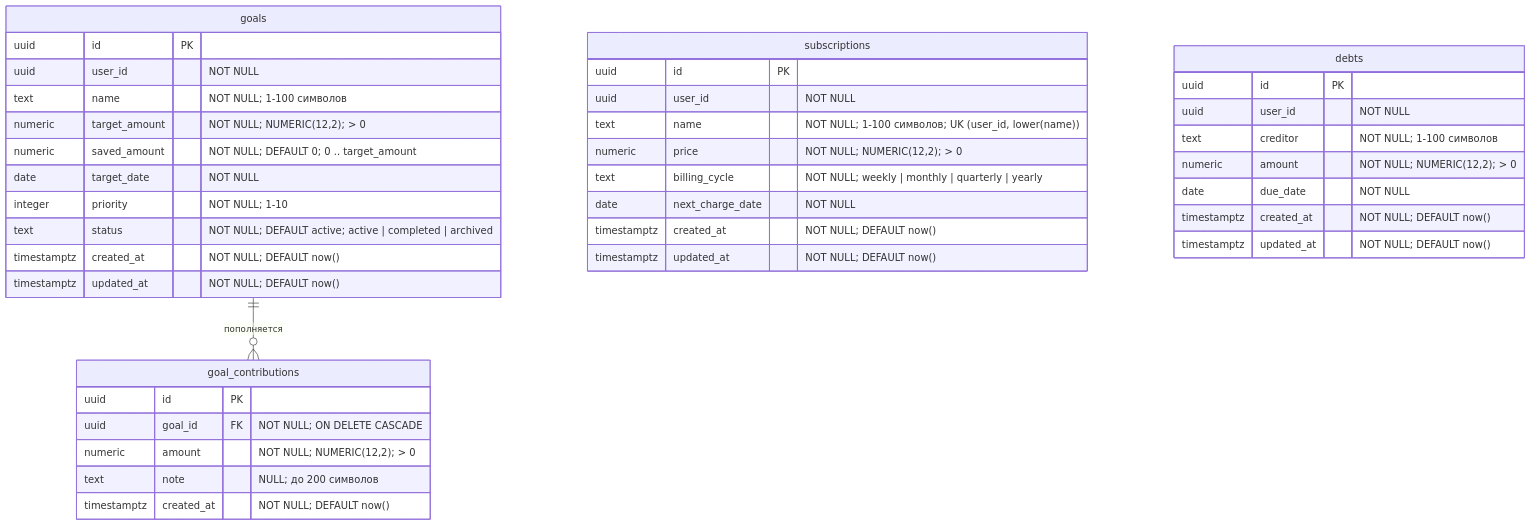
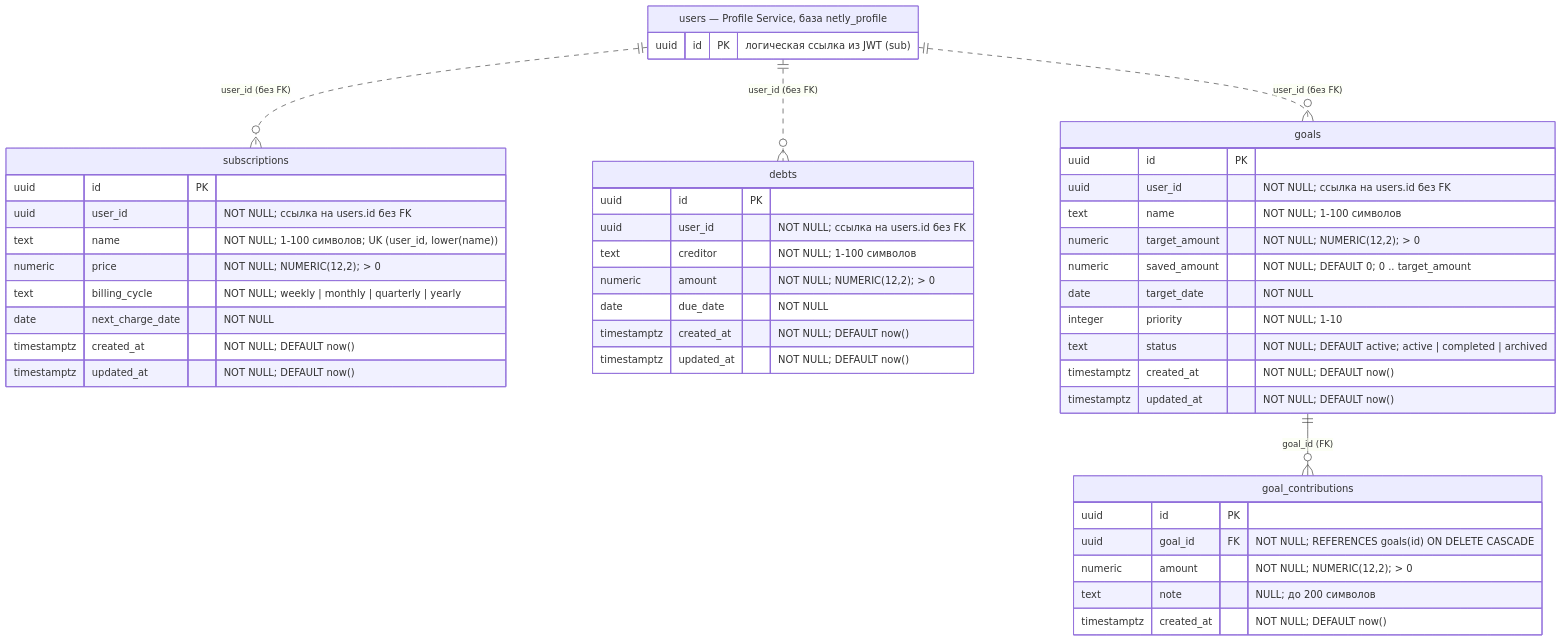
One commit to albtugel/Netly changed the diagram in docs/database.md. Above: the diagram before and after it, drawn with Mermaid. The commit also changed other lines of this file and 2 other files, not shown here.

Commit message:
docs(budget): show user references in the ER diagram
Add users from Profile Service as an external entity and draw its links
to subscriptions, debts and goals as dashed lines: user_id is a logical
reference from the signed JWT, with no foreign key across databases.
List every relation and how it is enforced in docs/database.md, and note
the cross-service reference in the README.

````diff
--- a/docs/database.md
+++ b/docs/database.md
@@ -11,46 +11,53 @@
 ```mermaid
 erDiagram
-    goals ||--o{ goal_contributions : "пополняется"
+    users ||..o{ subscriptions : "user_id (без FK)"
+    users ||..o{ debts : "user_id (без FK)"
+    users ||..o{ goals : "user_id (без FK)"
+    goals ||--o{ goal_contributions : "goal_id (FK)"
+
+    users["users — Profile Service, база netly_profile"] {
+        uuid id PK "логическая ссылка из JWT (sub)"
+    }
 
     subscriptions {
         uuid id PK
-        uuid user_id "NOT NULL"
+        uuid user_id "NOT NULL; ссылка на users.id без FK"
         text name "NOT NULL; 1-100 символов; UK (user_id, lower(name))"
         numeric price "NOT NULL; NUMERIC(12,2); > 0"
         text billing_cycle "NOT NULL; weekly | monthly | quarterly | yearly"
         date next_charge_date "NOT NULL"
         timestamptz created_at "NOT NULL; DEFAULT now()"
         timestamptz updated_at "NOT NULL; DEFAULT now()"
     }
 
     debts {
         uuid id PK
-        uuid user_id "NOT NULL"
+        uuid user_id "NOT NULL; ссылка на users.id без FK"
         text creditor "NOT NULL; 1-100 символов"
         numeric amount "NOT NULL; NUMERIC(12,2); > 0"
         date due_date "NOT NULL"
         timestamptz created_at "NOT NULL; DEFAULT now()"
         timestamptz updated_at "NOT NULL; DEFAULT now()"
     }
 
     goals {
         uuid id PK
-        uuid user_id "NOT NULL"
+        uuid user_id "NOT NULL; ссылка на users.id без FK"
         text name "NOT NULL; 1-100 символов"
         numeric target_amount "NOT NULL; NUMERIC(12,2); > 0"
         numeric saved_amount "NOT NULL; DEFAULT 0; 0 .. target_amount"
         date target_date "NOT NULL"
         integer priority "NOT NULL; 1-10"
         text status "NOT NULL; DEFAULT active; active | completed | archived"
         timestamptz created_at "NOT NULL; DEFAULT now()"
         timestamptz updated_at "NOT NULL; DEFAULT now()"
     }
 
     goal_contributions {
         uuid id PK
-        uuid goal_id FK "NOT NULL; ON DELETE CASCADE"
+        uuid goal_id FK "NOT NULL; REFERENCES goals(id) ON DELETE CASCADE"
         numeric amount "NOT NULL; NUMERIC(12,2); > 0"
         text note "NULL; до 200 символов"
         timestamptz created_at "NOT NULL; DEFAULT now()"
     }
 ```
````
